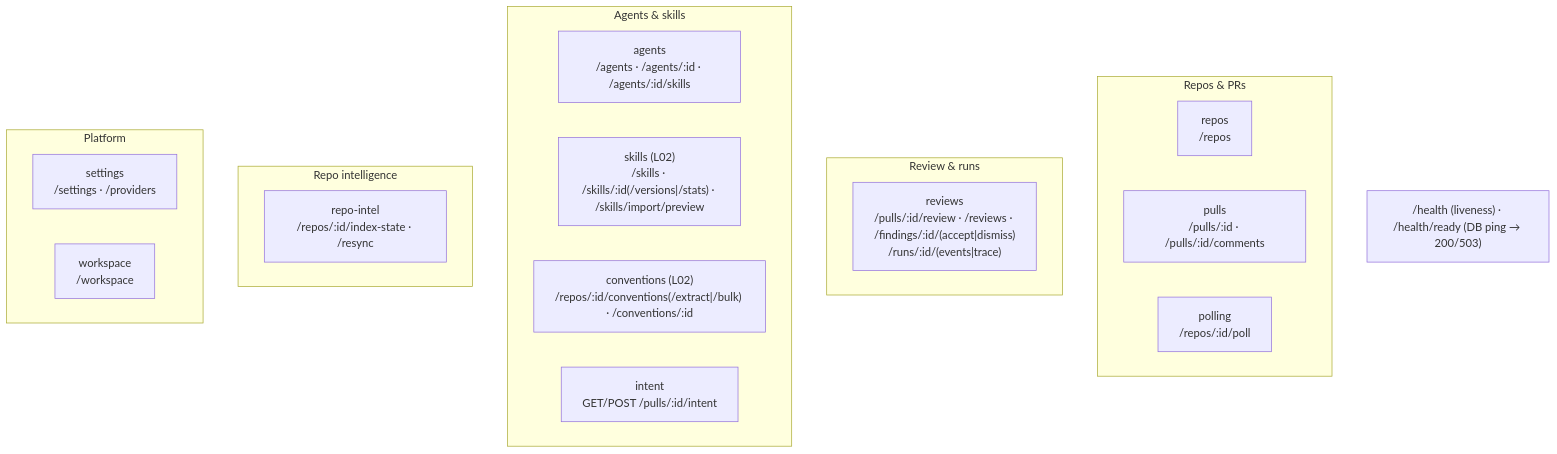
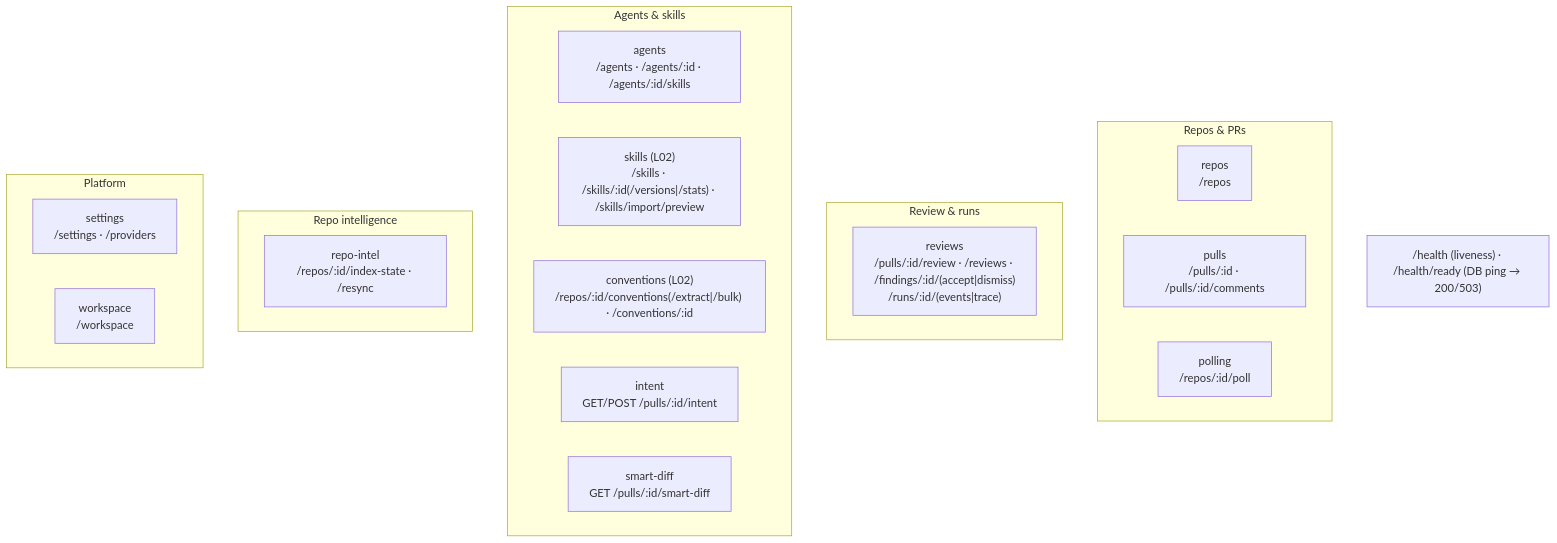
The second of 2 diagrams in server/README.md (aptrnk1/dev-digest), drawn with Mermaid before and after one commit. The commit also changed 17 other files, not shown here.

Commit message:
Smart Diff T2: smart-diff module, reviews facade, route

````diff
--- a/server/README.md
+++ b/server/README.md
@@ -64,25 +64,26 @@
 ```mermaid
 flowchart TB
   subgraph Repos_PRs["Repos & PRs"]
     repos["repos<br/>/repos"]
     pulls["pulls<br/>/pulls/:id · /pulls/:id/comments"]
     polling["polling<br/>/repos/:id/poll"]
   end
   subgraph Review["Review & runs"]
     reviews["reviews<br/>/pulls/:id/review · /reviews · /findings/:id/(accept|dismiss)<br/>/runs/:id/(events|trace)"]
   end
   subgraph Agents["Agents & skills"]
     agents["agents<br/>/agents · /agents/:id · /agents/:id/skills"]
     skills["skills (L02)<br/>/skills · /skills/:id(/versions|/stats) · /skills/import/preview"]
     conventions["conventions (L02)<br/>/repos/:id/conventions(/extract|/bulk) · /conventions/:id"]
     intent["intent<br/>GET/POST /pulls/:id/intent"]
+    smartDiff["smart-diff<br/>GET /pulls/:id/smart-diff"]
   end
   subgraph Intel["Repo intelligence"]
     repoIntel["repo-intel<br/>/repos/:id/index-state · /resync"]
   end
   subgraph Platform["Platform"]
     settings["settings<br/>/settings · /providers"]
     workspace["workspace<br/>/workspace"]
   end
   HEALTH["/health (liveness) · /health/ready (DB ping → 200/503)"]
 ```
````
